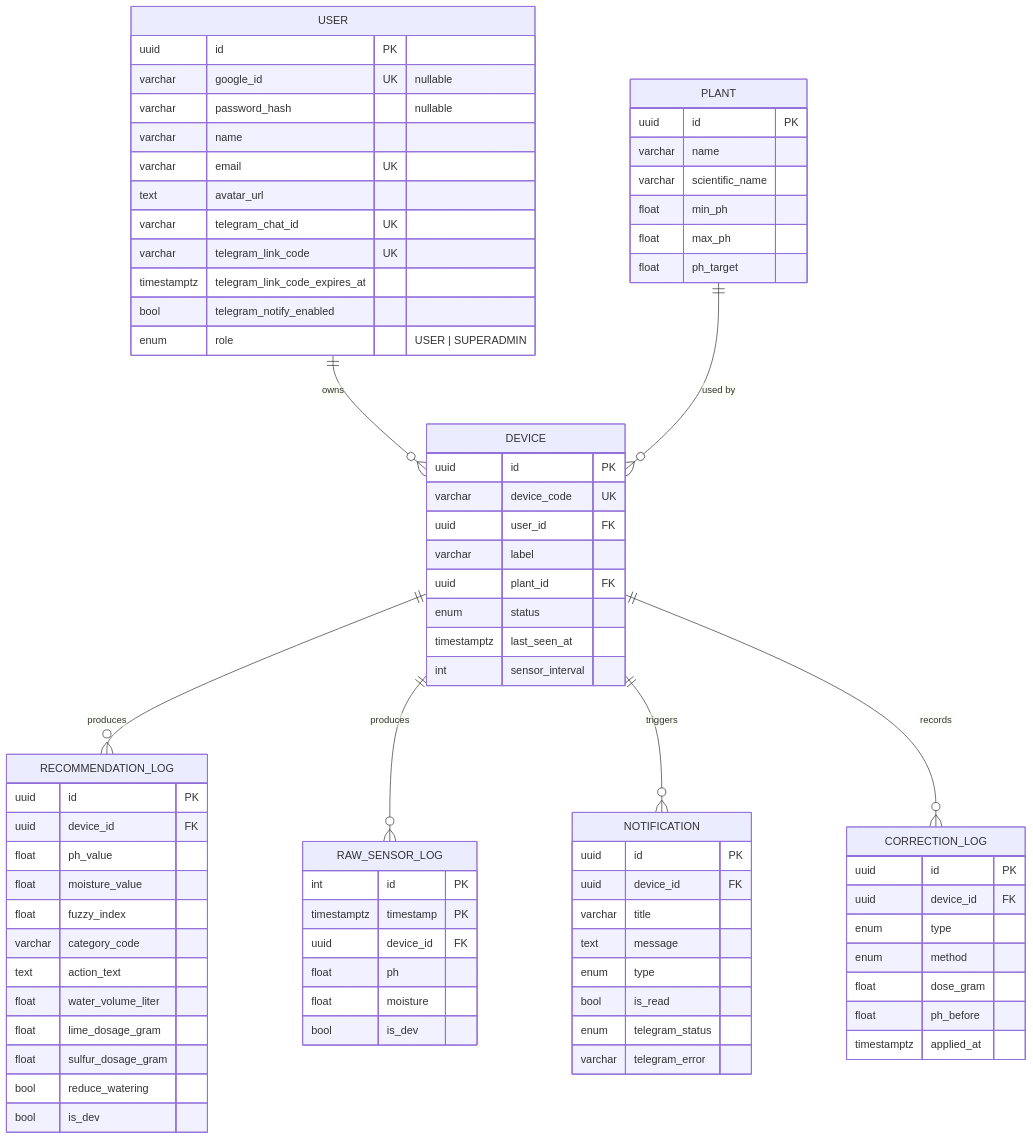
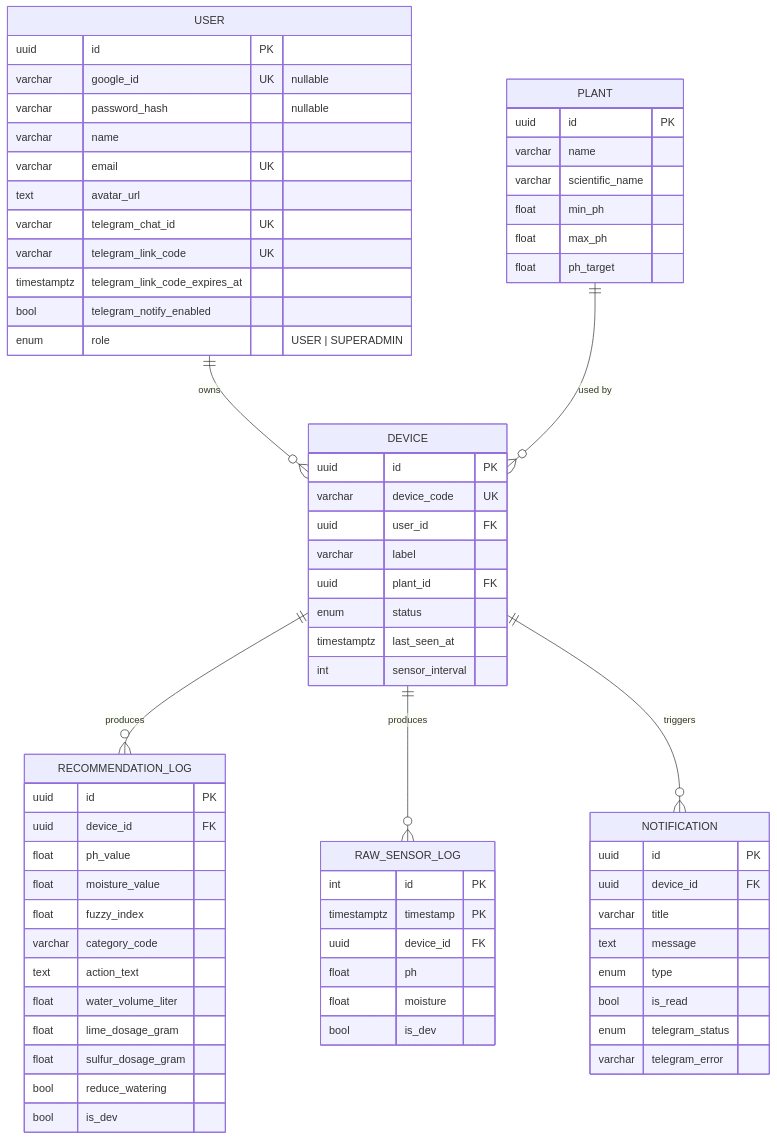
The diagram in docs/architecture/database-schema.md (Capstone2026-E04/Subur.in), drawn with Mermaid before and after one commit. The commit also changed other lines of this file and 45 other files, not shown here.

````diff
--- a/docs/architecture/database-schema.md
+++ b/docs/architecture/database-schema.md
@@ -19,82 +18,72 @@
 ```mermaid
 erDiagram
     USER ||--o{ DEVICE : owns
     PLANT ||--o{ DEVICE : "used by"
     DEVICE ||--o{ RECOMMENDATION_LOG : produces
     DEVICE ||--o{ RAW_SENSOR_LOG : produces
     DEVICE ||--o{ NOTIFICATION : triggers
-    DEVICE ||--o{ CORRECTION_LOG : records
 
     USER {
         uuid id PK
         varchar google_id UK "nullable"
         varchar password_hash "nullable"
         varchar name
         varchar email UK
         text avatar_url
         varchar telegram_chat_id UK
         varchar telegram_link_code UK
         timestamptz telegram_link_code_expires_at
         bool telegram_notify_enabled
         enum role "USER | SUPERADMIN"
     }
     DEVICE {
         uuid id PK
         varchar device_code UK
         uuid user_id FK
         varchar label
         uuid plant_id FK
         enum status
         timestamptz last_seen_at
         int sensor_interval
     }
     PLANT {
         uuid id PK
         varchar name
         varchar scientific_name
         float min_ph
         float max_ph
         float ph_target
     }
     RECOMMENDATION_LOG {
         uuid id PK
         uuid device_id FK
         float ph_value
         float moisture_value
         float fuzzy_index
         varchar category_code
         text action_text
         float water_volume_liter
         float lime_dosage_gram
         float sulfur_dosage_gram
         bool reduce_watering
         bool is_dev
     }
-    CORRECTION_LOG {
-        uuid id PK
-        uuid device_id FK
-        enum type
-        enum method
-        float dose_gram
-        float ph_before
-        timestamptz applied_at
-    }
     RAW_SENSOR_LOG {
         int id PK
         timestamptz timestamp PK
         uuid device_id FK
         float ph
         float moisture
         bool is_dev
     }
     NOTIFICATION {
         uuid id PK
         uuid device_id FK
         varchar title
         text message
         enum type
         bool is_read
         enum telegram_status
         varchar telegram_error
     }
 ```
````
